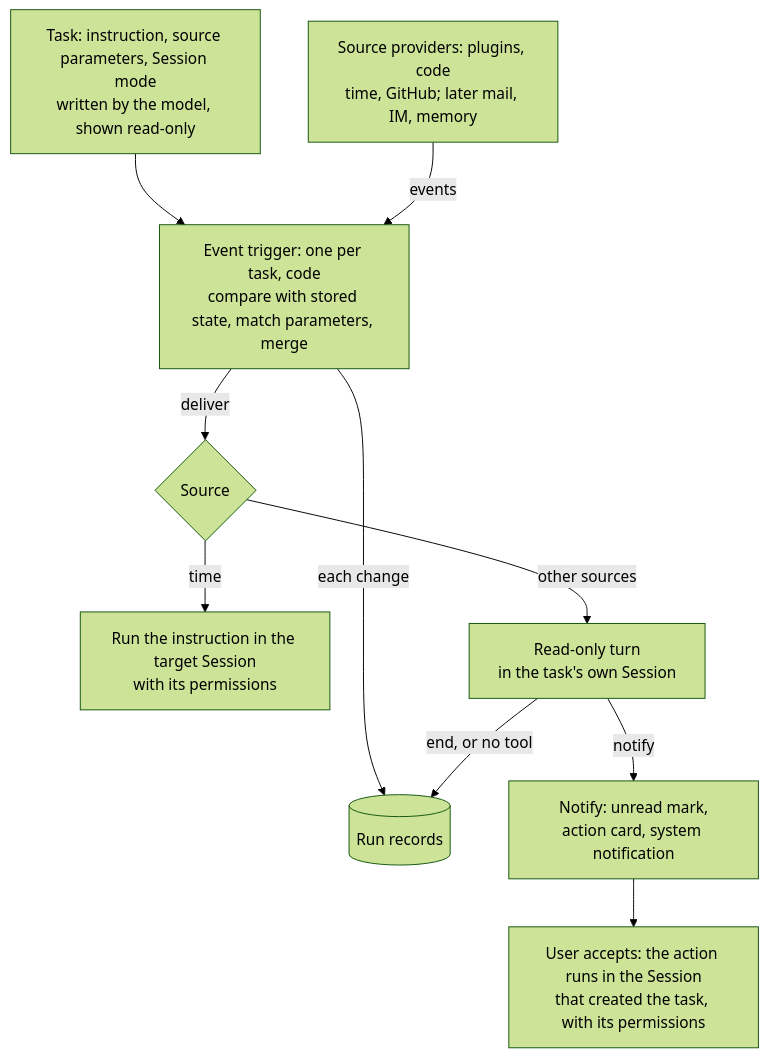
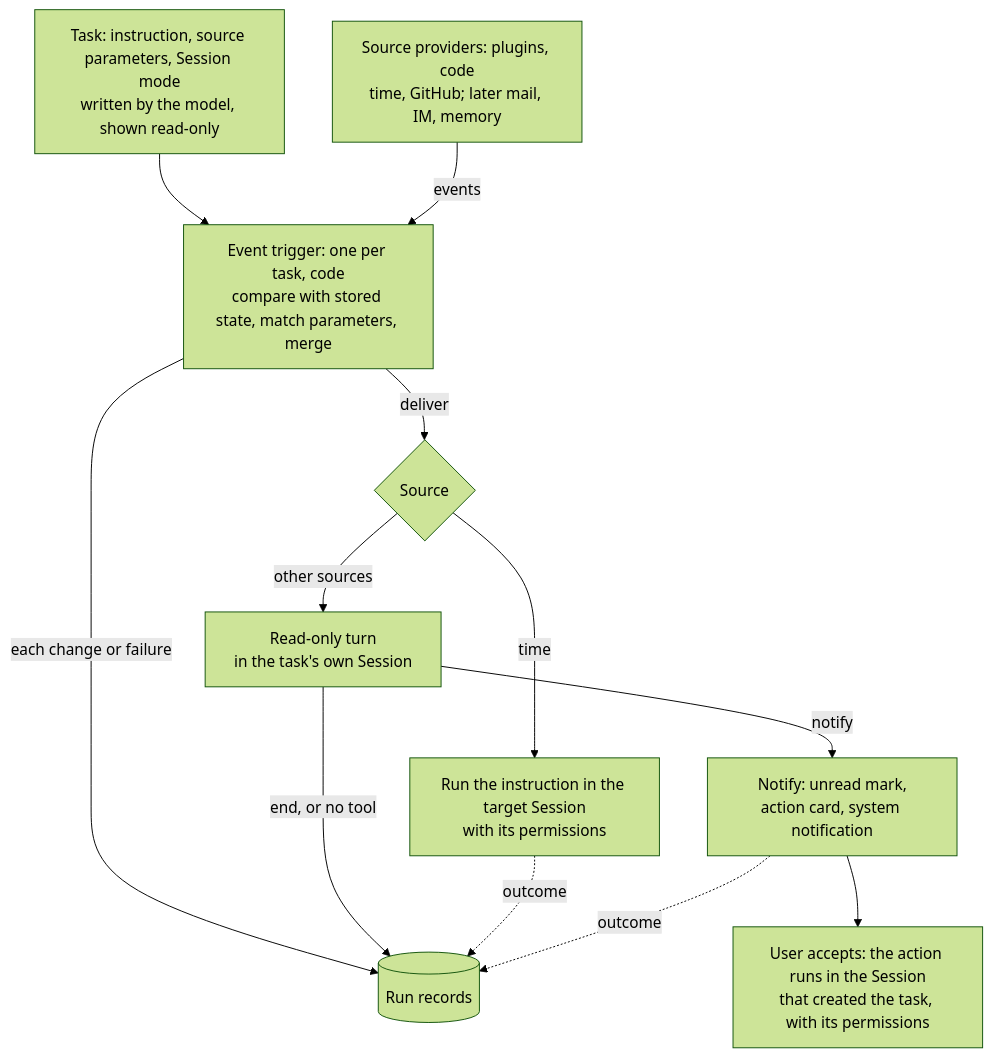
Before and after one commit to 11350613/deepseek-harness: the diagram in .agents/notes/proposed/feature/2026-10-29-event-triggered-automation-tasks.md, drawn with Mermaid (forest theme). The commit also changed other lines of this file and 2 other files, not shown here.

````diff
--- a/.agents/notes/proposed/feature/2026-10-29-event-triggered-automation-tasks.md
+++ b/.agents/notes/proposed/feature/2026-10-29-event-triggered-automation-tasks.md
@@ -20,21 +20,23 @@
 ```mermaid
 flowchart TD
   Task["Task: instruction, source parameters, Session mode<br/>written by the model, shown read-only"]
   Prov["Source providers: plugins, code<br/>time, GitHub; later mail, IM, memory"]
   Trig["Event trigger: one per task, code<br/>compare with stored state, match parameters, merge"]
   Rec[("Run records")]
   Src{"Source"}
   Exec["Run the instruction in the target Session<br/>with its permissions"]
   RO["Read-only turn<br/>in the task's own Session"]
   Note["Notify: unread mark,<br/>action card, system notification"]
   Acc["User accepts: the action runs in the Session<br/>that created the task, with its permissions"]
   Task --> Trig
   Prov -- events --> Trig
-  Trig -- "each change" --> Rec
+  Trig -- "each change or failure" --> Rec
   Trig -- deliver --> Src
   Src -- time --> Exec
   Src -- "other sources" --> RO
   RO -- notify --> Note
   Note --> Acc
   RO -- "end, or no tool" --> Rec
+  Exec -. outcome .-> Rec
+  Note -. outcome .-> Rec
 ```
````
